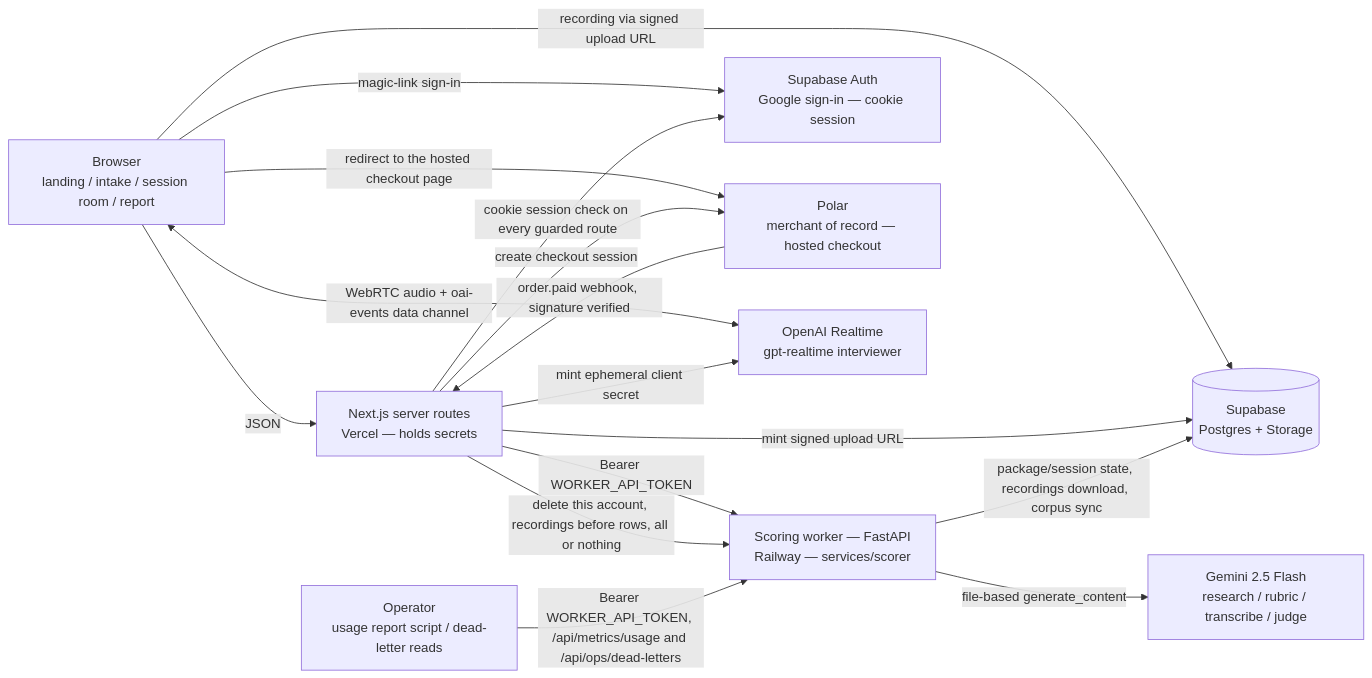
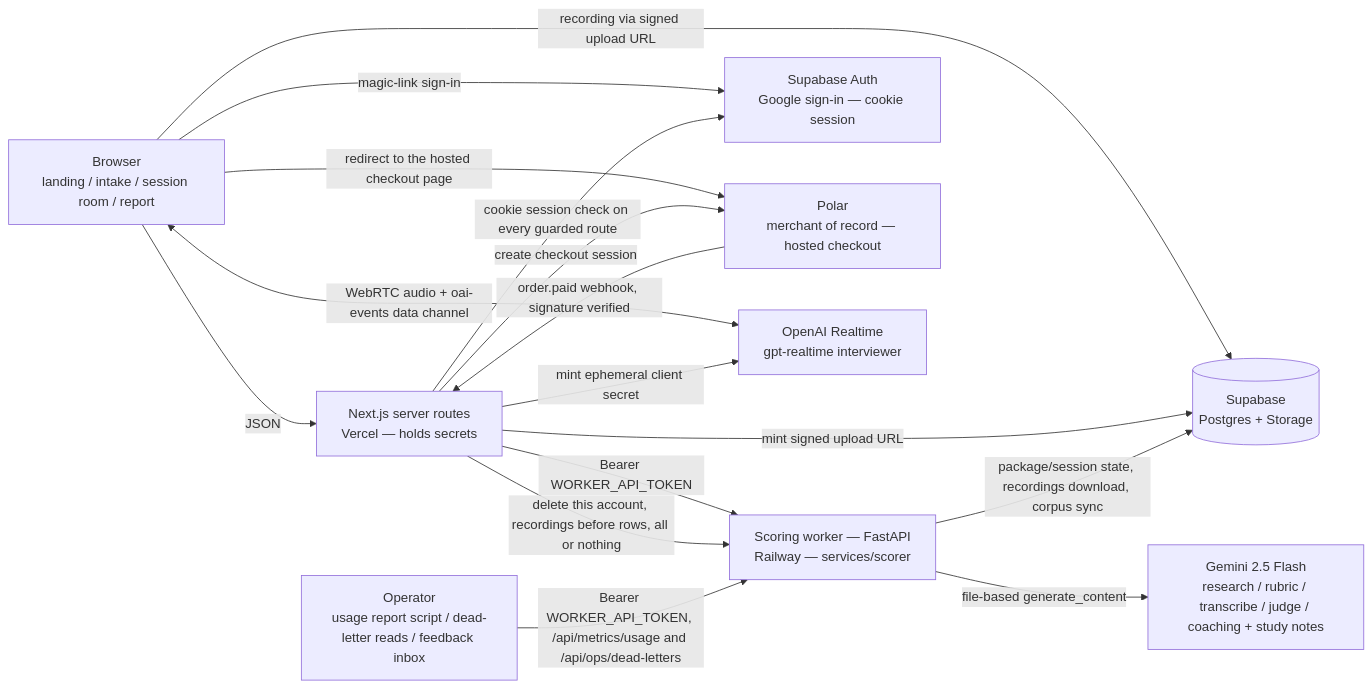
The diagram in README.md (bridgewright/flightcheck), drawn with Mermaid before and after one commit. The commit also changed other lines of this file and 4 other files, not shown here.

````diff
--- a/README.md
+++ b/README.md
@@ -37,28 +37,28 @@
 ```mermaid
 flowchart LR
     B[Browser<br/>landing / intake / session room / report]
     W[Next.js server routes<br/>Vercel — holds secrets]
     K[Scoring worker — FastAPI<br/>Railway — services/scorer]
     S[(Supabase<br/>Postgres + Storage)]
     A[Supabase Auth<br/>Google sign-in — cookie session]
     P[Polar<br/>merchant of record — hosted checkout]
     OAI[OpenAI Realtime<br/>gpt-realtime interviewer]
-    G[Gemini 2.5 Flash<br/>research / rubric / transcribe / judge]
-    OP[Operator<br/>usage report script / dead-letter reads]
+    G[Gemini 2.5 Flash<br/>research / rubric / transcribe / judge / coaching + study notes]
+    OP[Operator<br/>usage report script / dead-letter reads / feedback inbox]
 
     B -->|JSON| W
     B -->|magic-link sign-in| A
     B -->|recording via signed upload URL| S
     B <-->|WebRTC audio + oai-events data channel| OAI
     B -->|redirect to the hosted checkout page| P
     W -->|cookie session check on every guarded route| A
     W -->|Bearer WORKER_API_TOKEN| K
     W -->|mint ephemeral client secret| OAI
     W -->|mint signed upload URL| S
     W -->|create checkout session| P
     W -->|delete this account, recordings before rows, all or nothing| K
     P -->|order.paid webhook, signature verified| W
     K -->|package/session state, recordings download, corpus sync| S
     K -->|file-based generate_content| G
     OP -->|Bearer WORKER_API_TOKEN, /api/metrics/usage and /api/ops/dead-letters| K
 ```
````
